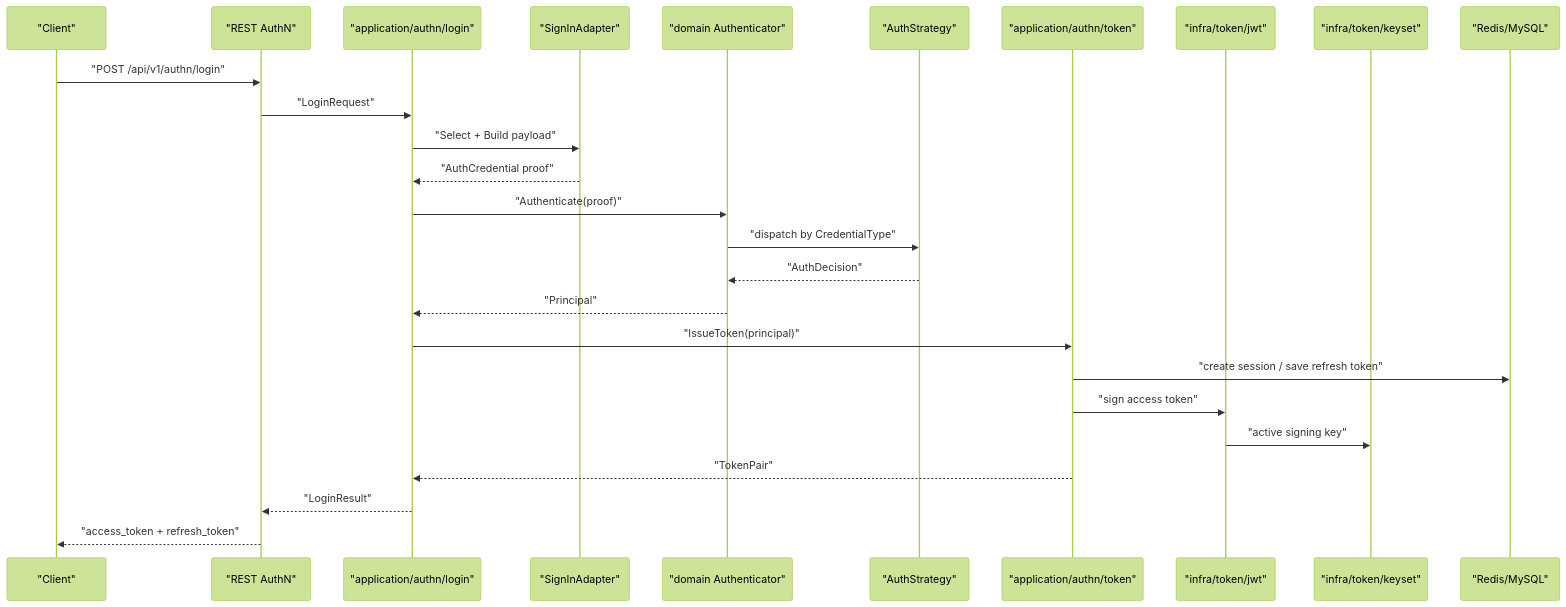
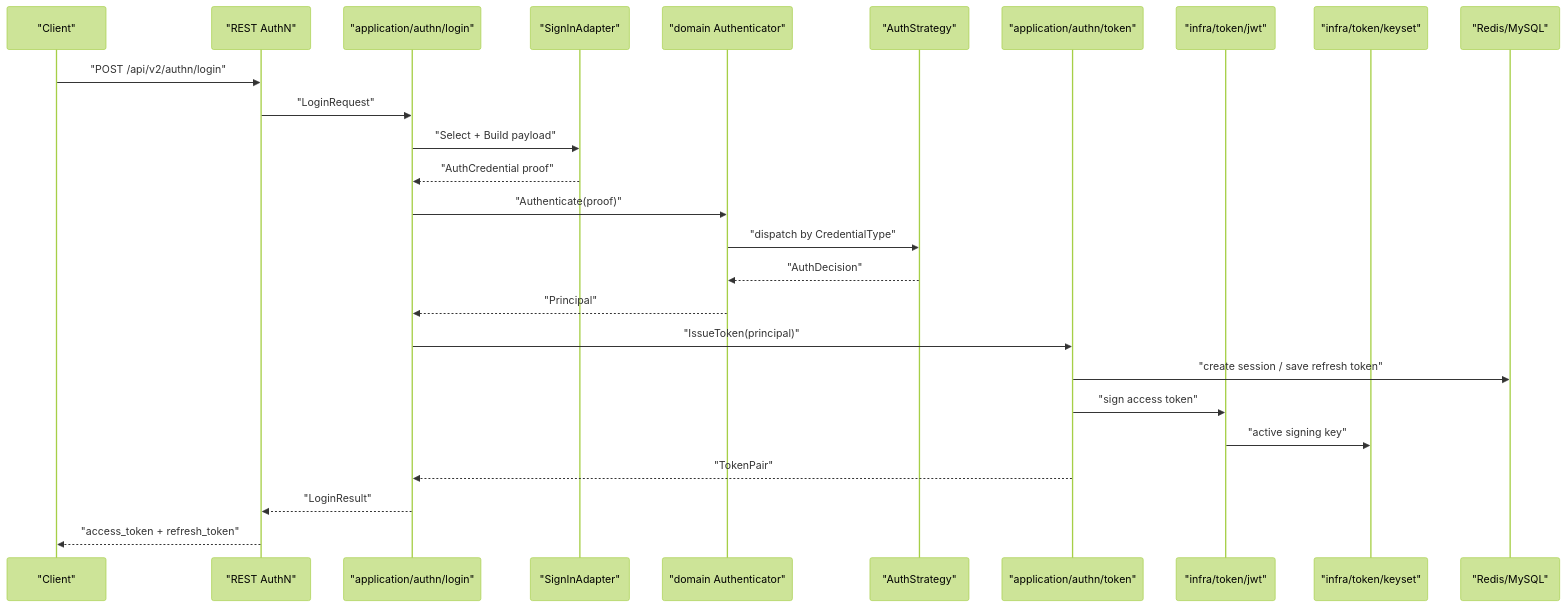
One commit to FangcunMount/iam changed the first of 7 diagrams in docs/05-专题分析/01-认证链路--从登录请求到 Token 与 JWKS.md. Above: the diagram before and after it, drawn with Mermaid (forest theme). The commit also changed other lines of this file and 611 other files, not shown here.

Commit message:
feat 完成 IAM SDK v2、REST API v2、gRPC API v2 迁移

````diff
--- a/docs/05-专题分析/01-认证链路--从登录请求到 Token 与 JWKS.md
+++ b/docs/05-专题分析/01-认证链路--从登录请求到 Token 与 JWKS.md
@@ -18,29 +18,29 @@
 ```mermaid
 sequenceDiagram
     participant C as "Client"
     participant REST as "REST AuthN"
     participant Login as "application/authn/login"
     participant Adapter as "SignInAdapter"
     participant Auth as "domain Authenticator"
     participant Strategy as "AuthStrategy"
     participant Token as "application/authn/token"
     participant JWT as "infra/token/jwt"
     participant Keyset as "infra/token/keyset"
     participant Store as "Redis/MySQL"
 
-    C->>REST: "POST /api/v1/authn/login"
+    C->>REST: "POST /api/v2/authn/login"
     REST->>Login: "LoginRequest"
     Login->>Adapter: "Select + Build payload"
     Adapter-->>Login: "AuthCredential proof"
     Login->>Auth: "Authenticate(proof)"
     Auth->>Strategy: "dispatch by CredentialType"
     Strategy-->>Auth: "AuthDecision"
     Auth-->>Login: "Principal"
     Login->>Token: "IssueToken(principal)"
     Token->>Store: "create session / save refresh token"
     Token->>JWT: "sign access token"
     JWT->>Keyset: "active signing key"
     Token-->>Login: "TokenPair"
     Login-->>REST: "LoginResult"
     REST-->>C: "access_token + refresh_token"
 ```
````
